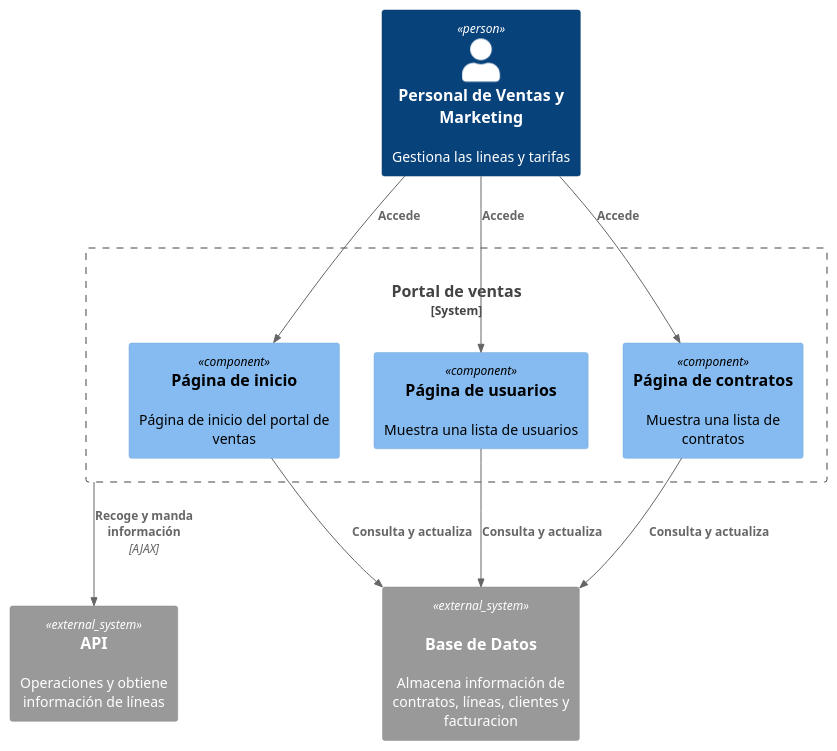
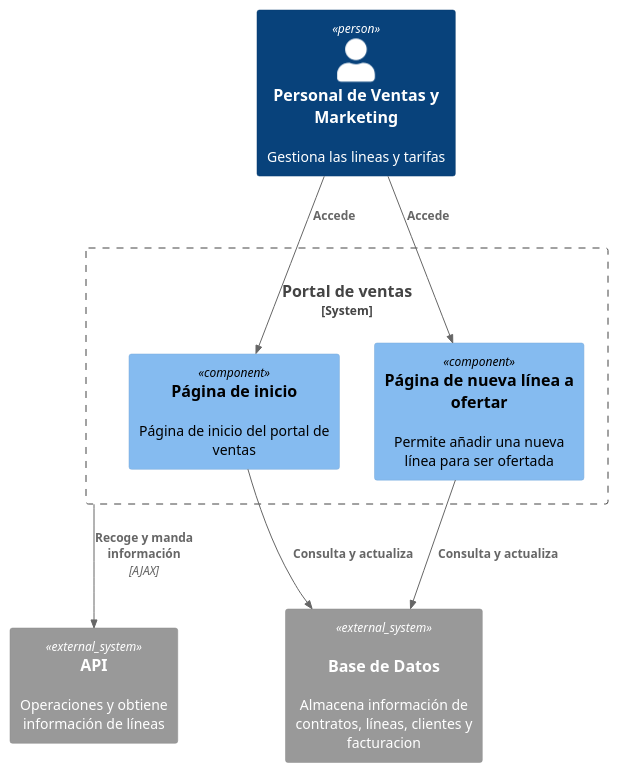
Before and after one commit to davidbp10/iw2023-2024-MovilUCA: the diagram in docs/diagrams/PVentasComponentDiagram.puml, drawn with PlantUML. The commit also changed 9 other files, not shown here.

```diff
--- a/docs/diagrams/PVentasComponentDiagram.puml
+++ b/docs/diagrams/PVentasComponentDiagram.puml
@@ -1,29 +1,27 @@
 @startuml PventasComponentDiagram
 !include https://raw.githubusercontent.com/plantuml-stdlib/C4-PlantUML/master/C4_Component.puml
 
 
 Person(ventas, "Personal de Ventas y Marketing", "Gestiona las lineas y tarifas")
 
 System_Boundary(pv, "Portal de ventas", "Gestiona la información de clientes y contratos") {
-
         Component( pi, "Página de inicio", , "Página de inicio del portal de ventas")
-        Component( pu, "Página de usuarios", , "Muestra una lista de usuarios")
-        Component( pc, "Página de contratos", , "Muestra una lista de contratos")
+        Component( pl, "Página de nueva línea a ofertar", , "Permite añadir una nueva línea para ser ofertada")
 
 }
 
 System_Ext(bd, "Base de Datos","Almacena información de contratos, líneas, clientes y facturacion", "MySQL")
 System_Ext(api, "API", "Operaciones y obtiene información de líneas")
 
 Rel(ventas,pi,"Accede")
-Rel(ventas,pu,"Accede")
-Rel(ventas,pc,"Accede")
+Rel(ventas,pl,"Accede")
+
 
 Rel(pv,api,"Recoge y manda información","AJAX")
 
 Rel(pi, bd, "Consulta y actualiza")
-Rel(pu, bd, "Consulta y actualiza")
-Rel(pc, bd, "Consulta y actualiza")
+Rel(pl, bd, "Consulta y actualiza")
+
 
 
 @enduml
```
